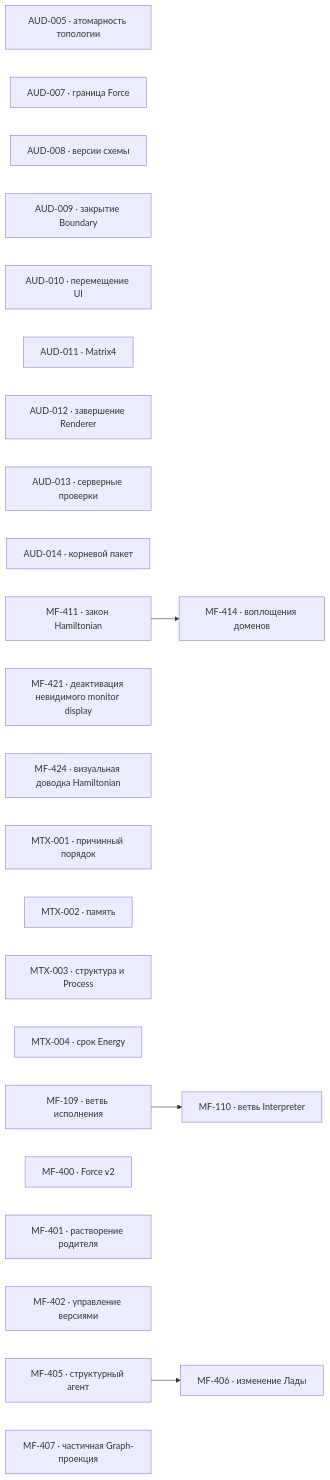
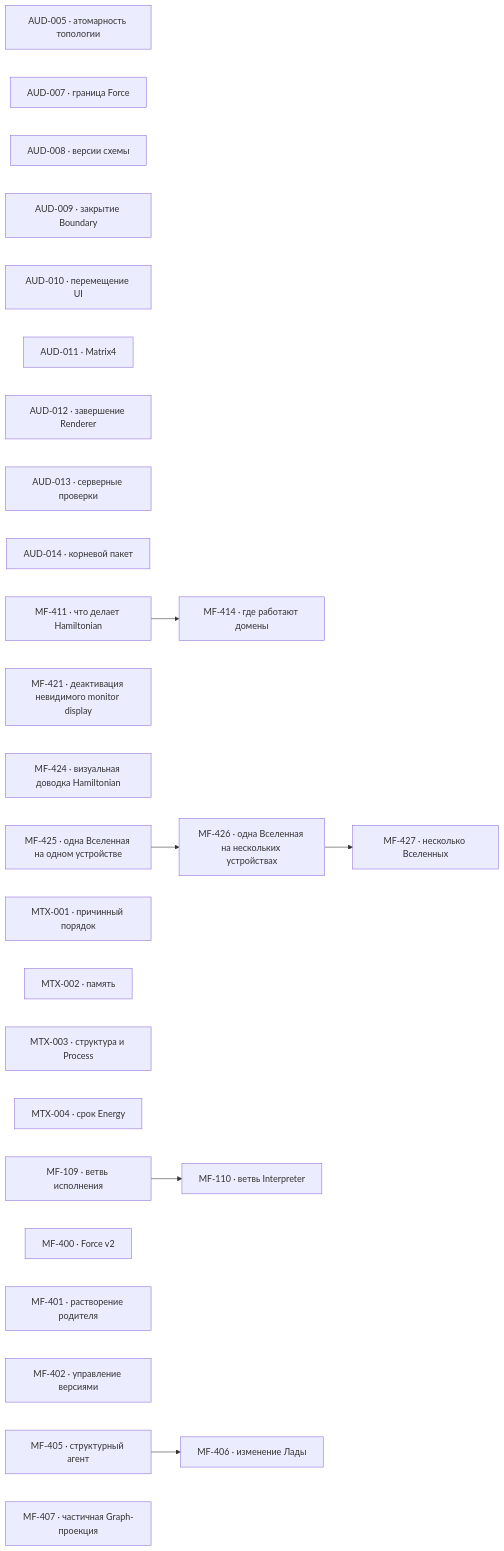
One commit to zavx0z/metafor changed the diagram in project/TODO.md. Above: the diagram before and after it, drawn with Mermaid. The commit also changed other lines of this file and 10 other files, not shown here.

````diff
--- a/project/TODO.md
+++ b/project/TODO.md
@@ -13,31 +13,36 @@
 ```mermaid
 flowchart LR
     AUD005["AUD-005 · атомарность топологии"]
     AUD007["AUD-007 · граница Force"]
     AUD008["AUD-008 · версии схемы"]
     AUD009["AUD-009 · закрытие Boundary"]
     AUD010["AUD-010 · перемещение UI"]
     AUD011["AUD-011 · Matrix4"]
     AUD012["AUD-012 · завершение Renderer"]
     AUD013["AUD-013 · серверные проверки"]
     AUD014["AUD-014 · корневой пакет"]
-    MF411["MF-411 · закон Hamiltonian"]
-    MF414["MF-414 · воплощения доменов"]
+    MF411["MF-411 · что делает Hamiltonian"]
+    MF414["MF-414 · где работают домены"]
     MF421["MF-421 · деактивация невидимого monitor display"]
     MF424["MF-424 · визуальная доводка Hamiltonian"]
+    MF425["MF-425 · одна Вселенная на одном устройстве"]
+    MF426["MF-426 · одна Вселенная на нескольких устройствах"]
+    MF427["MF-427 · несколько Вселенных"]
     MTX001["MTX-001 · причинный порядок"]
     MTX002["MTX-002 · память"]
     MTX003["MTX-003 · структура и Process"]
     MTX004["MTX-004 · срок Energy"]
     MF109["MF-109 · ветвь исполнения"]
     MF110["MF-110 · ветвь Interpreter"]
     MF400["MF-400 · Force v2"]
     MF401["MF-401 · растворение родителя"]
     MF402["MF-402 · управление версиями"]
     MF405["MF-405 · структурный агент"]
     MF406["MF-406 · изменение Лады"]
     MF407["MF-407 · частичная Graph-проекция"]
     MF109 --> MF110
     MF405 --> MF406
     MF411 --> MF414
+    MF425 --> MF426
+    MF426 --> MF427
 ```
````
